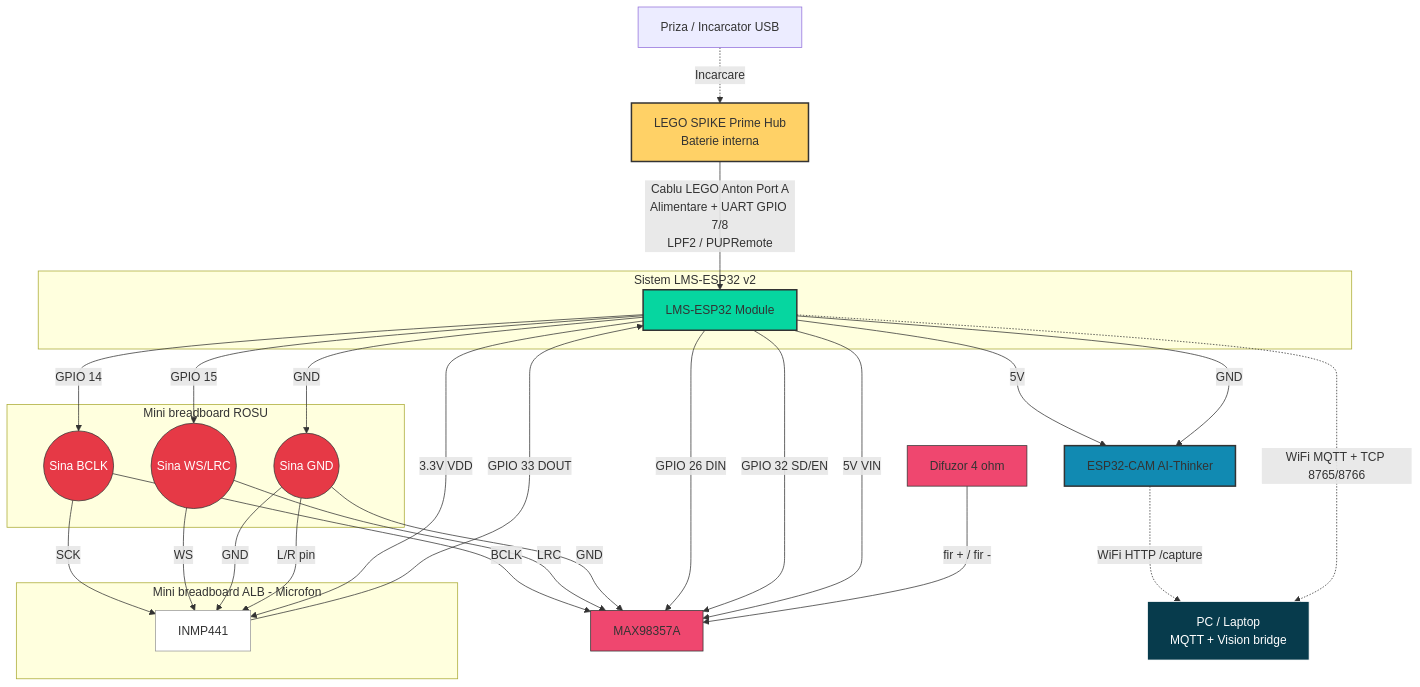
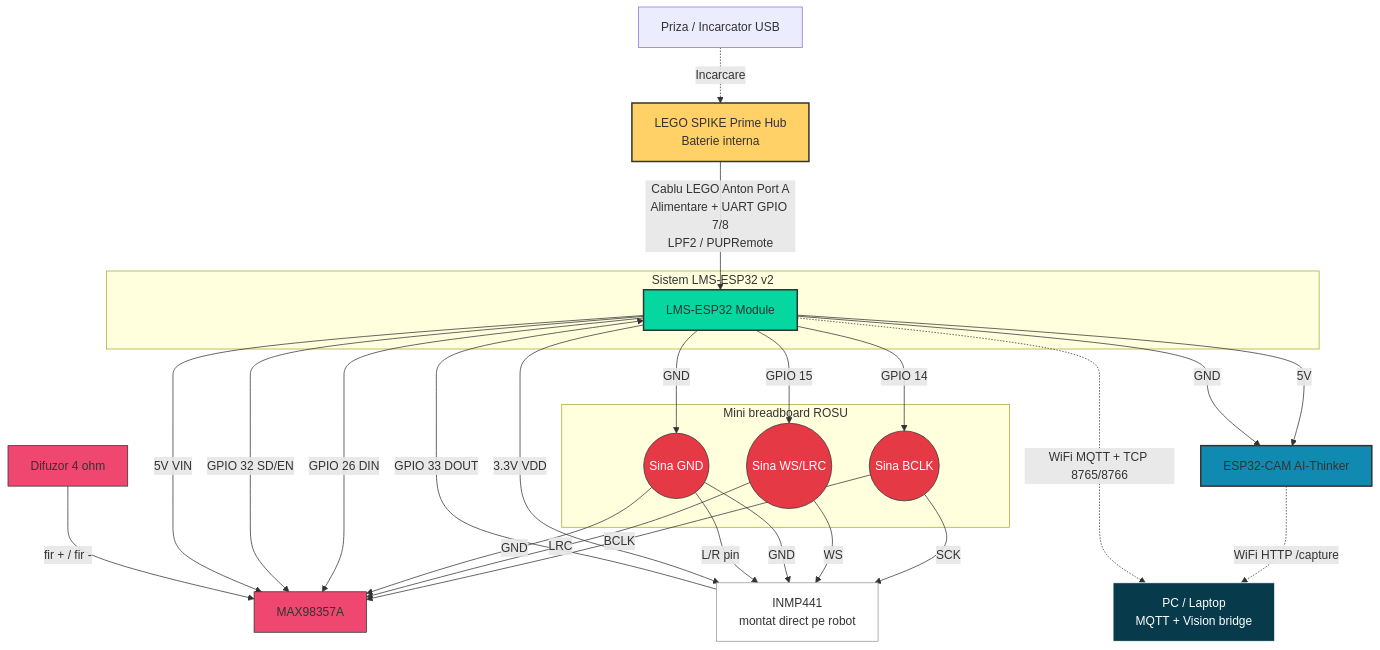
The diagram in docs/trisense_wiring.mmd (DoublxB/Trisense), drawn with Mermaid before and after one commit. The commit also changed 15 other files, not shown here.

```diff
--- a/docs/trisense_wiring.mmd
+++ b/docs/trisense_wiring.mmd
@@ -1,65 +1,62 @@
 graph TD
     classDef hub fill:#ffd166,stroke:#333,stroke-width:2px;
     classDef lms fill:#06d6a0,stroke:#333,stroke-width:2px;
     classDef cam fill:#118ab2,stroke:#333,stroke-width:2px;
     classDef breadRed fill:#e63946,stroke:#333,stroke-width:1px,color:#fff;
-    classDef breadWhite fill:#ffffff,stroke:#999,stroke-width:1px;
+    classDef mic fill:#ffffff,stroke:#999,stroke-width:1px;
     classDef audio fill:#ef476f,stroke:#333,stroke-width:1px;
     classDef pc fill:#073b4c,stroke:#fff,stroke-width:1px,color:#fff;
 
     Wall["Priza / Incarcator USB"] -. Incarcare .-> Hub["LEGO SPIKE Prime Hub<br/>Baterie interna"]
 
     subgraph LMS_Block["Sistem LMS-ESP32 v2"]
         LMS["LMS-ESP32 Module"]
     end
 
     Hub -- "Cablu LEGO Anton Port A<br/>Alimentare + UART GPIO 7/8<br/>LPF2 / PUPRemote" --> LMS
 
     subgraph Mini_Breadboard_Red["Mini breadboard ROSU"]
         BCLK_Bus(("Sina BCLK"))
         WS_Bus(("Sina WS/LRC"))
         GND_Bus(("Sina GND"))
     end
 
-    subgraph Mini_Breadboard_White["Mini breadboard ALB - Microfon"]
-        Mic["INMP441"]
-    end
-
+    Mic["INMP441<br/>montat direct pe robot"]
     Amp["MAX98357A"]
     Speaker["Difuzor 4 ohm"]
     Cam["ESP32-CAM AI-Thinker"]
     PC["PC / Laptop<br/>MQTT + Vision bridge"]
 
     LMS -- GPIO 14 --> BCLK_Bus
     LMS -- GPIO 15 --> WS_Bus
     LMS -- GND --> GND_Bus
 
     BCLK_Bus -- BCLK --> Amp
     BCLK_Bus -- SCK --> Mic
     WS_Bus -- LRC --> Amp
     WS_Bus -- WS --> Mic
     GND_Bus -- GND --> Amp
     GND_Bus -- GND --> Mic
     GND_Bus -- "L/R pin" --> Mic
 
     LMS -- "GPIO 26 DIN" --> Amp
     LMS -- "GPIO 32 SD/EN" --> Amp
     Mic -- "GPIO 33 DOUT" --> LMS
     LMS -- "3.3V VDD" --> Mic
     LMS -- "5V VIN" --> Amp
 
     Speaker -- "fir + / fir -" --> Amp
 
     LMS -- 5V --> Cam
     LMS -- GND --> Cam
 
     Cam -. "WiFi HTTP /capture" .-> PC
     LMS -. "WiFi MQTT + TCP 8765/8766" .-> PC
 
     class Hub hub;
     class LMS lms;
     class Cam cam;
     class BCLK_Bus,WS_Bus,GND_Bus breadRed;
-    class Mic breadWhite;
+    class Mic mic;
     class Amp,Speaker audio;
     class PC pc;
```
